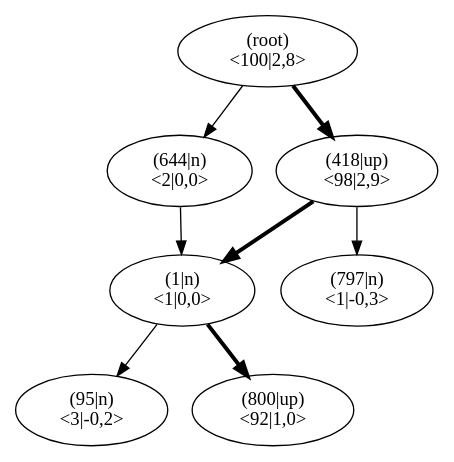
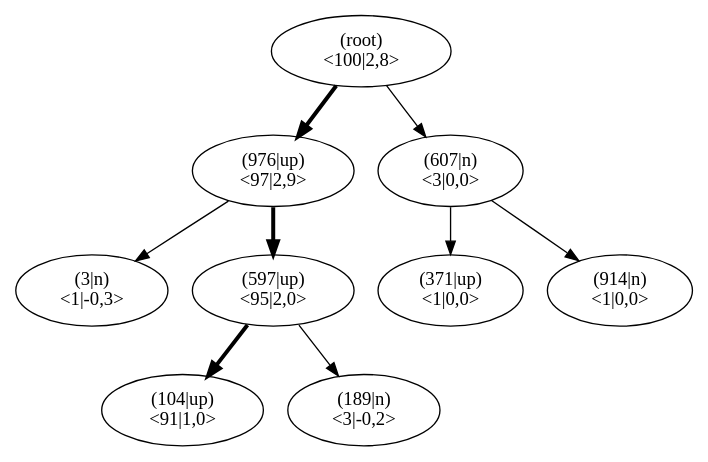
Before and after one commit to JonasHellgren/relexp-java: the diagram in pictures/ch13/jumper_test_mcts.dot, drawn with Graphviz. The commit also changed 4 other files, not shown here.

```diff
--- a/pictures/ch13/jumper_test_mcts.dot
+++ b/pictures/ch13/jumper_test_mcts.dot
@@ -1,26 +1,29 @@
 digraph MCTS {
 node [shape=ellipse];
 Nroot [label="(root)
 <100|2,8>"];
-Nroot -> N418[penwidth=3];
-N418 [label="(418|up)
-<98|2,9>"];
-N418 -> N1[penwidth=3];
-N1 [label="(1|up)
-<96|2,0>"];
-N1 -> N95[penwidth=1];
-N95 [label="(95|n)
+Nroot -> N976[penwidth=3];
+N976 [label="(976|up)
+<97|2,9>"];
+N976 -> N3[penwidth=1];
+N3 [label="(3|n)
+<1|-0,3>"];
+N976 -> N597[penwidth=3];
+N597 [label="(597|up)
+<95|2,0>"];
+N597 -> N104[penwidth=3];
+N104 [label="(104|up)
+<91|1,0>"];
+N597 -> N189[penwidth=1];
+N189 [label="(189|n)
 <3|-0,2>"];
-N1 -> N800[penwidth=3];
-N800 [label="(800|up)
-<92|1,0>"];
-N418 -> N797[penwidth=1];
-N797 [label="(797|n)
-<1|-0,3>"];
-Nroot -> N644[penwidth=1];
-N644 [label="(644|n)
-<2|0,0>"];
-N644 -> N1[penwidth=1];
-N1 [label="(1|n)
+Nroot -> N607[penwidth=1];
+N607 [label="(607|n)
+<3|0,0>"];
+N607 -> N371[penwidth=1];
+N371 [label="(371|up)
+<1|0,0>"];
+N607 -> N914[penwidth=1];
+N914 [label="(914|n)
 <1|0,0>"];
 }
```
